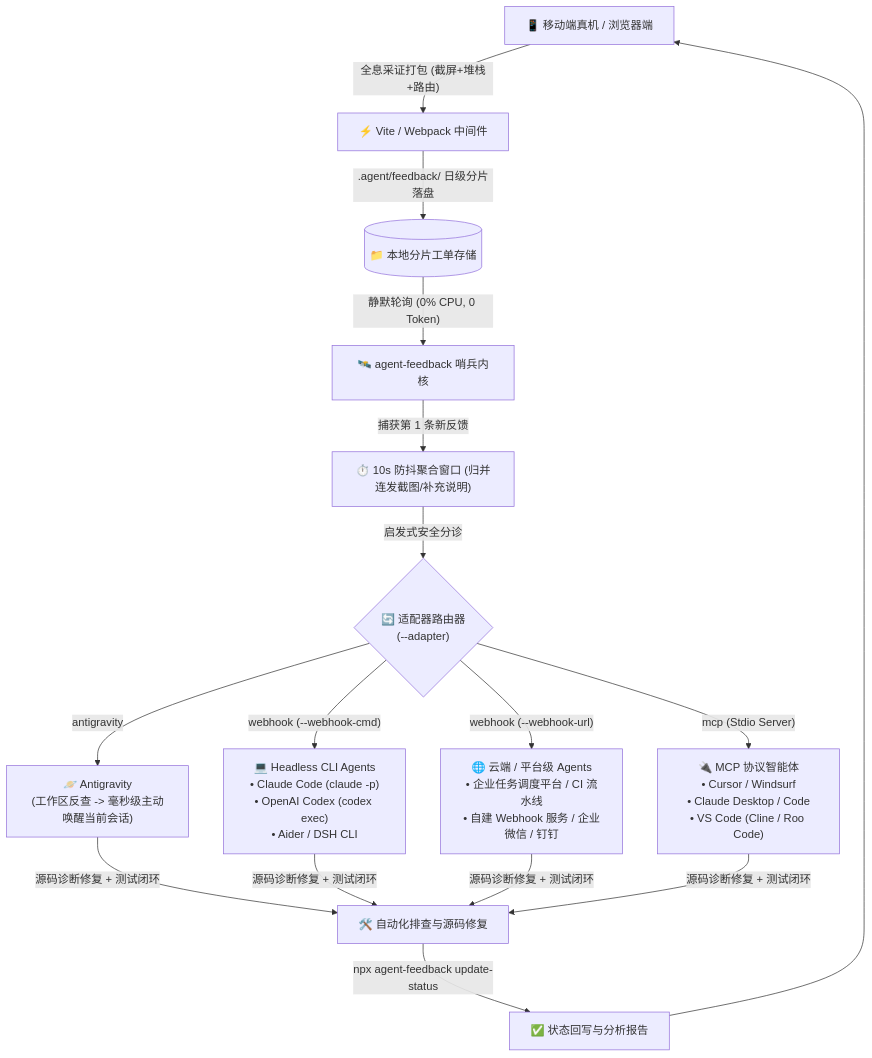
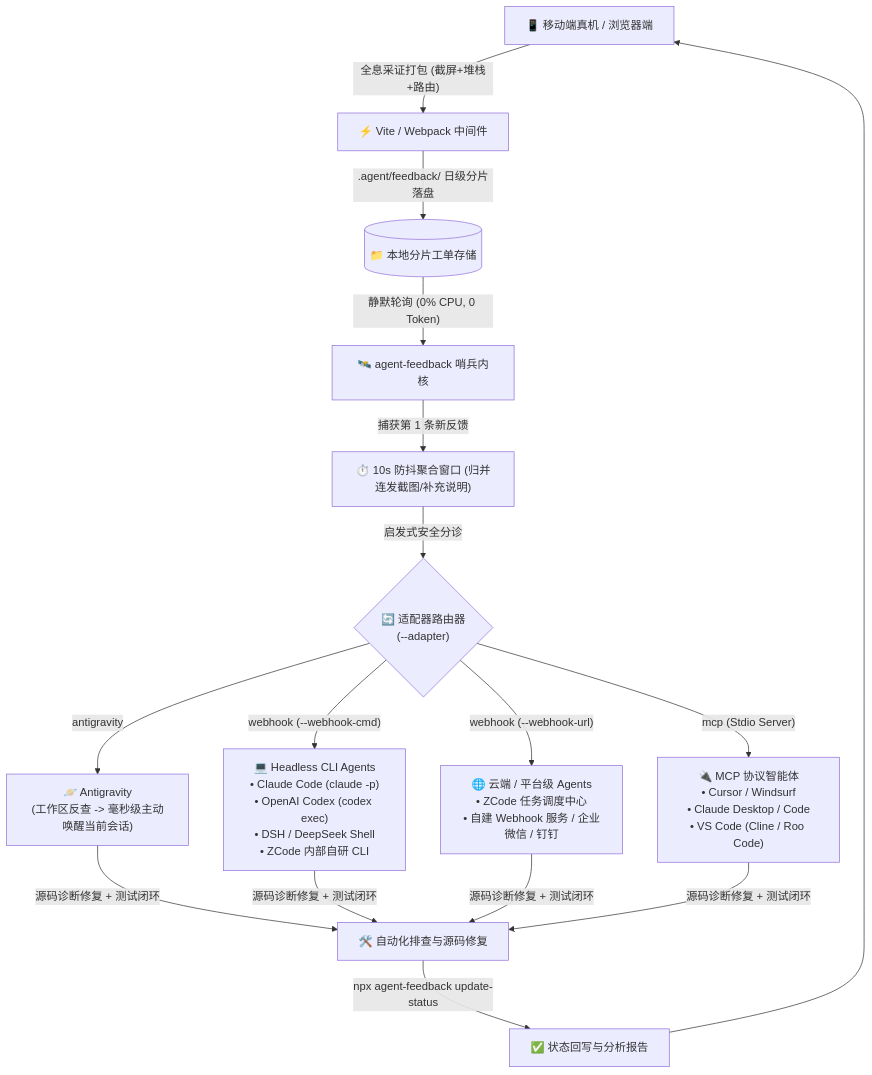
Before and after one commit to lylyuanliang/agent-feedback: the diagram in docs/multi-agent-integration-guide.md, drawn with Mermaid. The commit also changed other lines of this file and 2 other files, not shown here.

Commit message:
docs: 补充 DSH 与 ZCode 专属配置配方并在 README 增设生态指南快捷入口

````diff
--- a/docs/multi-agent-integration-guide.md
+++ b/docs/multi-agent-integration-guide.md
@@ -11,22 +11,22 @@
 ```mermaid
 flowchart TD
     Device["📱 移动端真机 / 浏览器端"] -->|"全息采证打包 (截屏+堆栈+路由)"| DevServer["⚡ Vite / Webpack 中间件"]
     DevServer -->|".agent/feedback/ 日级分片落盘"| Storage[("📁 本地分片工单存储")]
     Storage -->|"静默轮询 (0% CPU, 0 Token)"| Sentinel["🛰️ agent-feedback 哨兵内核"]
 
     Sentinel -->|"捕获第 1 条新反馈"| Debounce["⏱️ 10s 防抖聚合窗口 (归并连发截图/补充说明)"]
     Debounce -->|"启发式安全分诊"| Dispatcher{"🔄 适配器路由器<br>(--adapter)"}
 
     Dispatcher -->|"antigravity"| Antigravity["🪐 Antigravity<br>(工作区反查 -> 毫秒级主动唤醒当前会话)"]
-    Dispatcher -->|"webhook (--webhook-cmd)"| CLI_Agents["💻 Headless CLI Agents<br>• Claude Code (claude -p)<br>• OpenAI Codex (codex exec)<br>• Aider / DSH CLI"]
-    Dispatcher -->|"webhook (--webhook-url)"| Webhook_Agents["🌐 云端 / 平台级 Agents<br>• 企业任务调度平台 / CI 流水线<br>• 自建 Webhook 服务 / 企业微信 / 钉钉"]
+    Dispatcher -->|"webhook (--webhook-cmd)"| CLI_Agents["💻 Headless CLI Agents<br>• Claude Code (claude -p)<br>• OpenAI Codex (codex exec)<br>• DSH / DeepSeek Shell<br>• ZCode 内部自研 CLI"]
+    Dispatcher -->|"webhook (--webhook-url)"| Webhook_Agents["🌐 云端 / 平台级 Agents<br>• ZCode 任务调度中心<br>• 自建 Webhook 服务 / 企业微信 / 钉钉"]
     Dispatcher -->|"mcp (Stdio Server)"| MCP_Agents["🔌 MCP 协议智能体<br>• Cursor / Windsurf<br>• Claude Desktop / Code<br>• VS Code (Cline / Roo Code)"]
 
     Antigravity -->|"源码诊断修复 + 测试闭环"| Fix["🛠️ 自动化排查与源码修复"]
     CLI_Agents -->|"源码诊断修复 + 测试闭环"| Fix
     Webhook_Agents -->|"源码诊断修复 + 测试闭环"| Fix
     MCP_Agents -->|"源码诊断修复 + 测试闭环"| Fix
 
     Fix -->|"npx agent-feedback update-status"| Callback["✅ 状态回写与分析报告"]
     Callback --> Device
 ```
````
